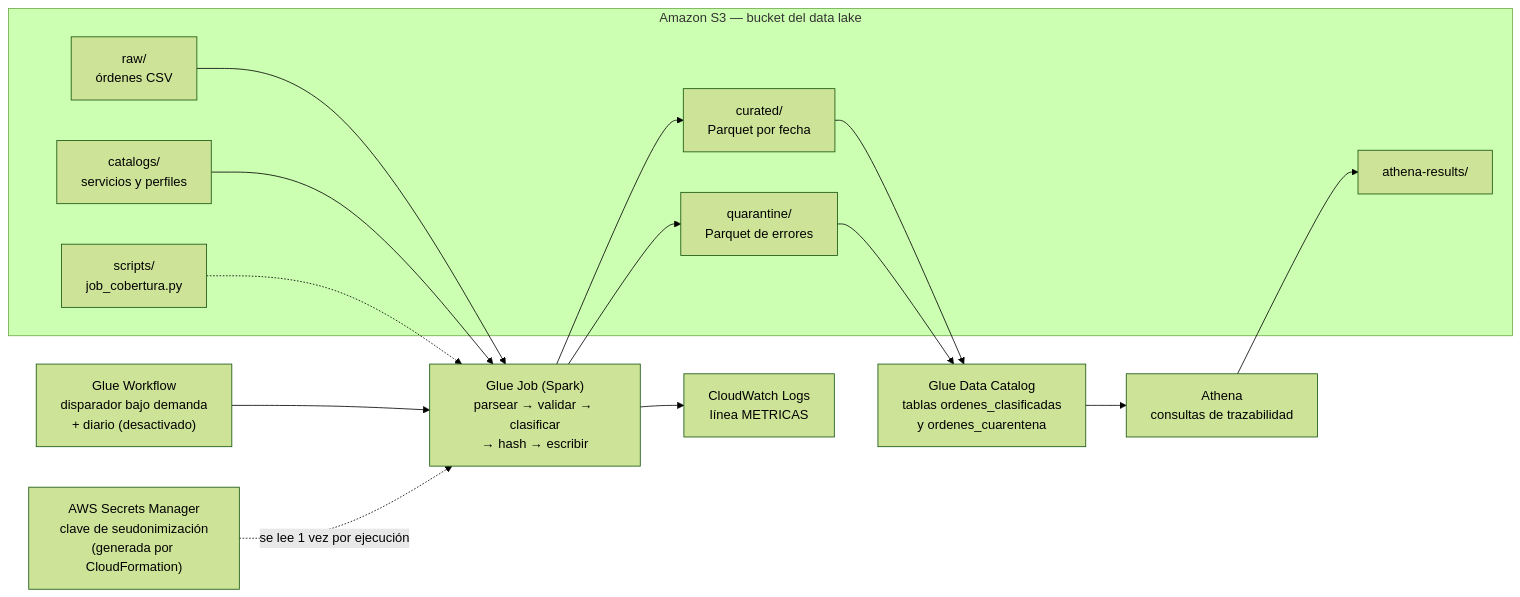
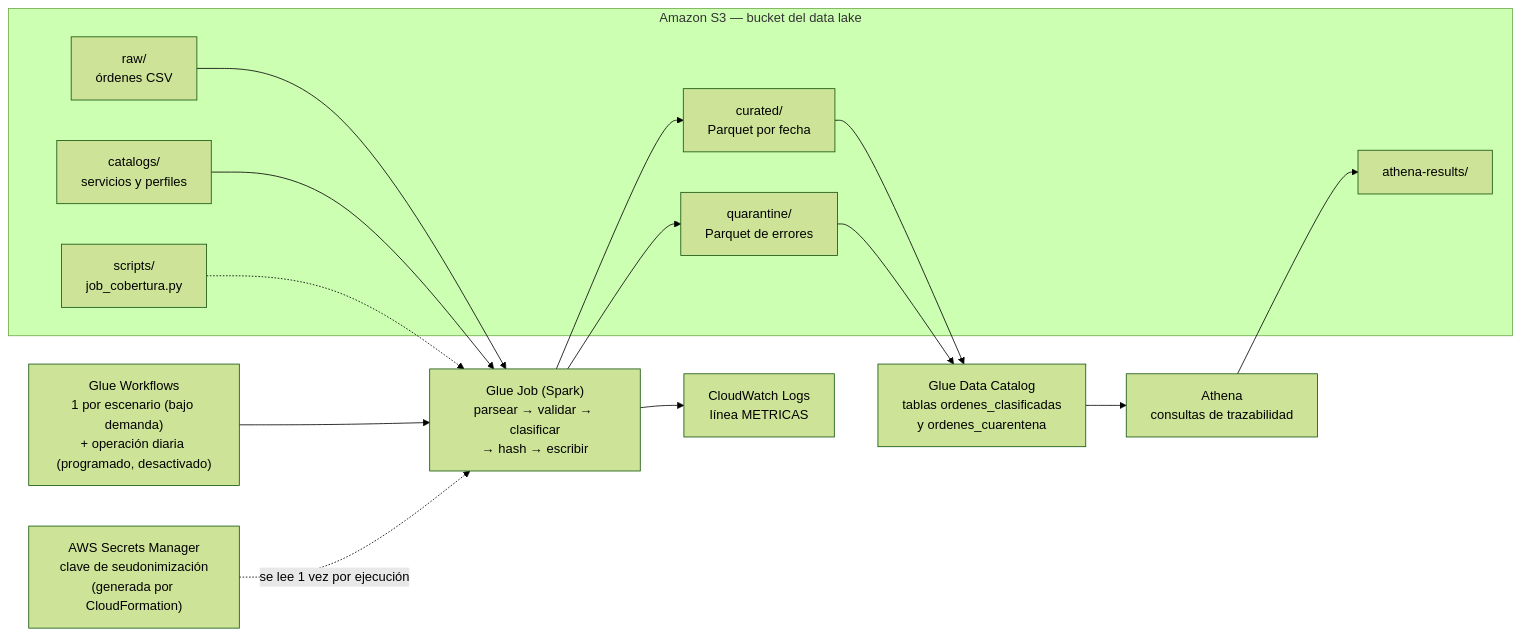
One commit to nickmen1201/arquitectura_proyecto_final changed the diagram in docs/arquitectura.md. Above: the diagram before and after it, drawn with Mermaid (forest theme). The commit also changed other lines of this file and 12 other files, not shown here.

````diff
--- a/docs/arquitectura.md
+++ b/docs/arquitectura.md
@@ -7,25 +7,25 @@
 ```mermaid
 flowchart LR
     subgraph S3["Amazon S3 — bucket del data lake"]
         RAW["raw/<br/>órdenes CSV"]
         CAT["catalogs/<br/>servicios y perfiles"]
         SCR["scripts/<br/>job_cobertura.py"]
         CUR["curated/<br/>Parquet por fecha"]
         QUA["quarantine/<br/>Parquet de errores"]
         ATH["athena-results/"]
     end
 
-    WF["Glue Workflow<br/>disparador bajo demanda<br/>+ diario (desactivado)"] --> JOB
+    WF["Glue Workflows<br/>1 por escenario (bajo demanda)<br/>+ operación diaria (programado, desactivado)"] --> JOB
     JOB["Glue Job (Spark)<br/>parsear → validar → clasificar<br/>→ hash → escribir"]
     SM["AWS Secrets Manager<br/>clave de seudonimización<br/>(generada por CloudFormation)"] -.->|"se lee 1 vez por ejecución"| JOB
     RAW --> JOB
     CAT --> JOB
     SCR -.-> JOB
     JOB --> CUR
     JOB --> QUA
     JOB --> CW["CloudWatch Logs<br/>línea METRICAS"]
     CUR --> GDC["Glue Data Catalog<br/>tablas ordenes_clasificadas<br/>y ordenes_cuarentena"]
     QUA --> GDC
     GDC --> AT["Athena<br/>consultas de trazabilidad"]
     AT --> ATH
 ```
````
